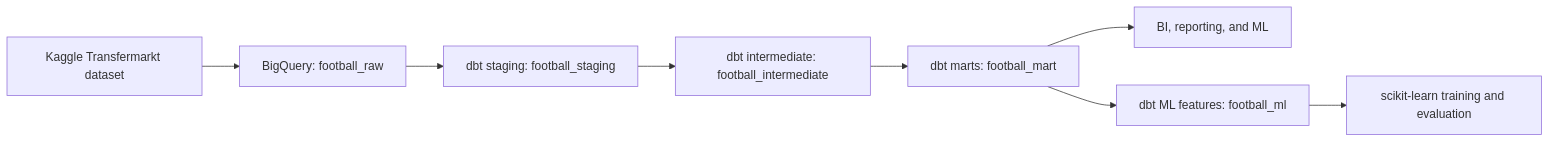
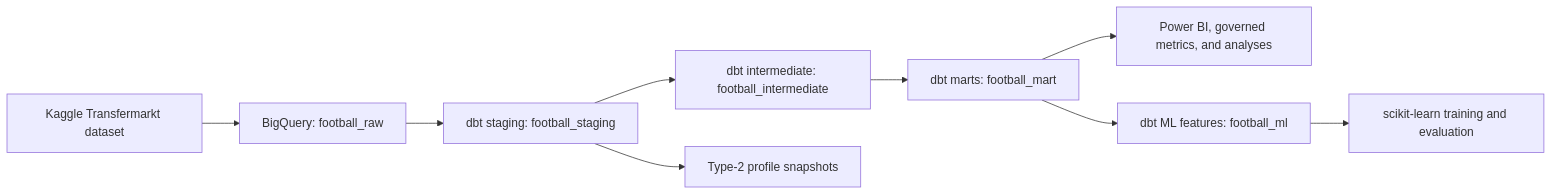
Before and after one commit to ilknurdenizozturk/football-player-performance-analysis: the diagram in README.md, drawn with Mermaid. The commit also changed other lines of this file and 52 other files, not shown here.

````diff
--- a/README.md
+++ b/README.md
@@ -26,10 +28,11 @@
 ```mermaid
 flowchart LR
     A["Kaggle Transfermarkt dataset"] --> B["BigQuery: football_raw"]
     B --> C["dbt staging: football_staging"]
     C --> D["dbt intermediate: football_intermediate"]
     D --> E["dbt marts: football_mart"]
-    E --> F["BI, reporting, and ML"]
+    E --> F["Power BI, governed metrics, and analyses"]
     E --> G["dbt ML features: football_ml"]
     G --> H["scikit-learn training and evaluation"]
+    C --> I["Type-2 profile snapshots"]
 ```
````
